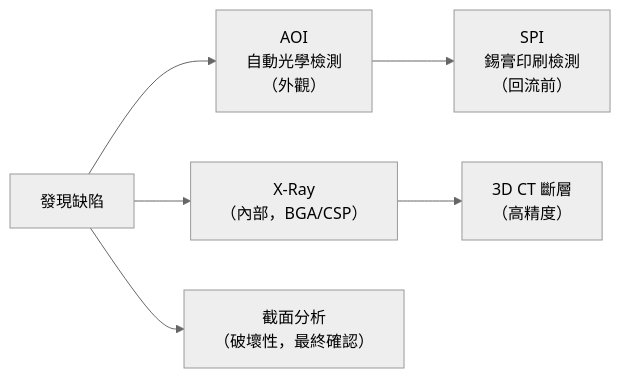
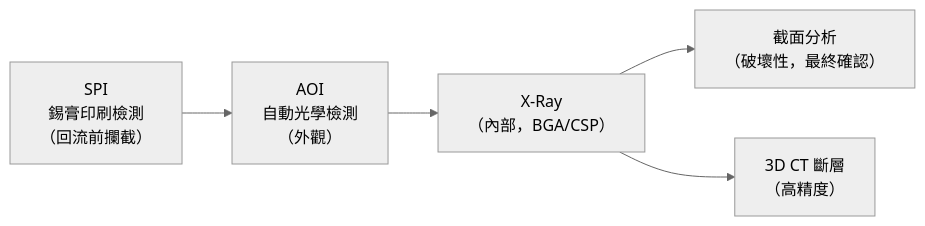
One commit to wizardhsiehcom/book changed the first of 2 diagrams in docs/smt-bonding/08-defect-analysis.md. Above: the diagram before and after it, drawn with Mermaid (neutral theme). The commit also changed other lines of this file and 15 other files, not shown here.

````diff
--- a/docs/smt-bonding/08-defect-analysis.md
+++ b/docs/smt-bonding/08-defect-analysis.md
@@ -9,6 +9,5 @@
 ```mermaid
 flowchart LR
-    Defect["發現缺陷"] --> AOI["AOI\n自動光學檢測\n（外觀）"] & Xray["X-Ray\n（內部，BGA/CSP）"] & CS["截面分析\n（破壞性，最終確認）"]
-    AOI --> SPI["SPI\n錫膏印刷檢測\n（回流前）"]
-    Xray --> CT["3D CT 斷層\n（高精度）"]
+    SPI["SPI<br/>錫膏印刷檢測<br/>（回流前攔截）"] --> AOI["AOI<br/>自動光學檢測<br/>（外觀）"] --> Xray["X-Ray<br/>（內部，BGA/CSP）"] --> CS["截面分析<br/>（破壞性，最終確認）"]
+    Xray --> CT["3D CT 斷層<br/>（高精度）"]
 ```
````
